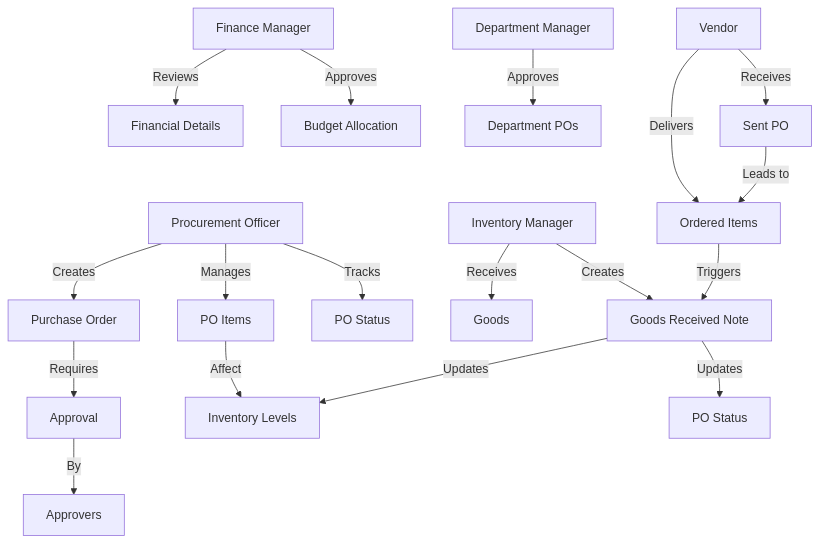
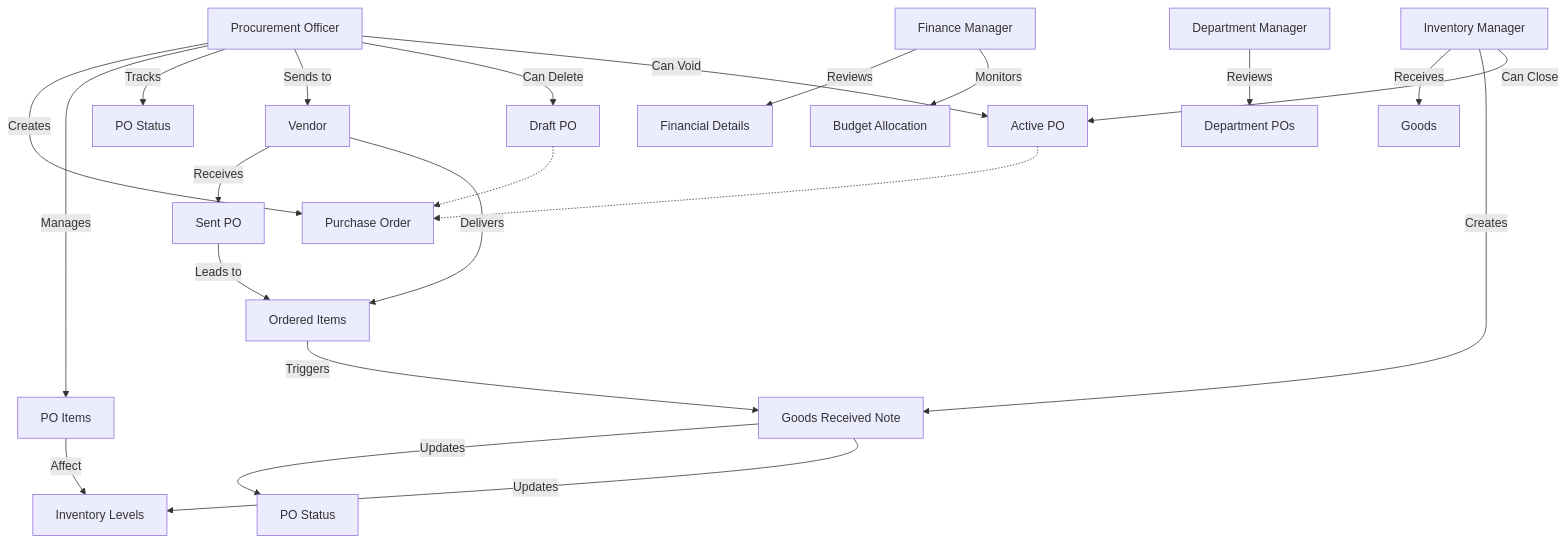
The sixth of 7 diagrams in docs/po/purchase-order-user-flow.md (CarmenSoftware-organization/carmen), drawn with Mermaid before and after one commit. The commit also changed other lines of this file and 188 other files, not shown here.

````diff
--- a/docs/po/purchase-order-user-flow.md
+++ b/docs/po/purchase-order-user-flow.md
@@ -198,28 +158,32 @@
 ```mermaid
 flowchart TD
     ProcurementOfficer[Procurement Officer] -->|Creates| PO[Purchase Order]
     ProcurementOfficer -->|Manages| Items[PO Items]
     ProcurementOfficer -->|Tracks| Status[PO Status]
+    ProcurementOfficer -->|Sends to| Vendor[Vendor]
+    ProcurementOfficer -->|Can Delete| DraftPO[Draft PO]
+    ProcurementOfficer -->|Can Void| ActivePO[Active PO]
     
     FinanceManager[Finance Manager] -->|Reviews| Financials[Financial Details]
-    FinanceManager -->|Approves| Budget[Budget Allocation]
+    FinanceManager -->|Monitors| Budget[Budget Allocation]
     
-    DepartmentManager[Department Manager] -->|Approves| DeptPO[Department POs]
+    DepartmentManager[Department Manager] -->|Reviews| DeptPO[Department POs]
     
     InventoryManager[Inventory Manager] -->|Receives| Goods[Goods]
     InventoryManager -->|Creates| GRN[Goods Received Note]
+    InventoryManager -->|Can Close| ActivePO
     
-    Vendor[Vendor] -->|Receives| SentPO[Sent PO]
+    Vendor -->|Receives| SentPO[Sent PO]
     Vendor -->|Delivers| OrderedItems[Ordered Items]
-    
-    PO -->|Requires| Approval[Approval]
-    Approval -->|By| Approvers[Approvers]
     
     Items -->|Affect| Inventory[Inventory Levels]
     
     GRN -->|Updates| POStatus[PO Status]
     GRN -->|Updates| Inventory
     
     SentPO -->|Leads to| OrderedItems
     OrderedItems -->|Triggers| GRN
+    
+    DraftPO -.-> PO
+    ActivePO -.-> PO
 ```
````
